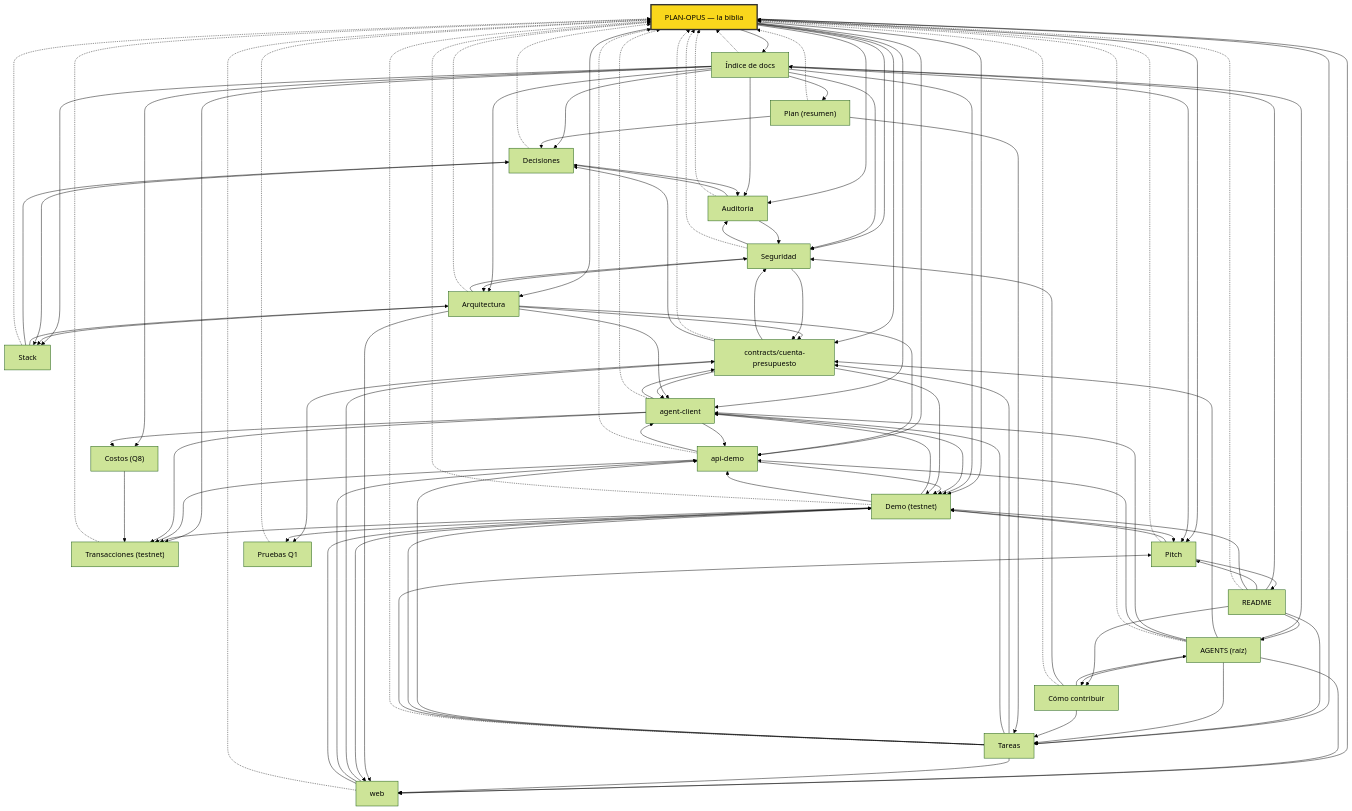
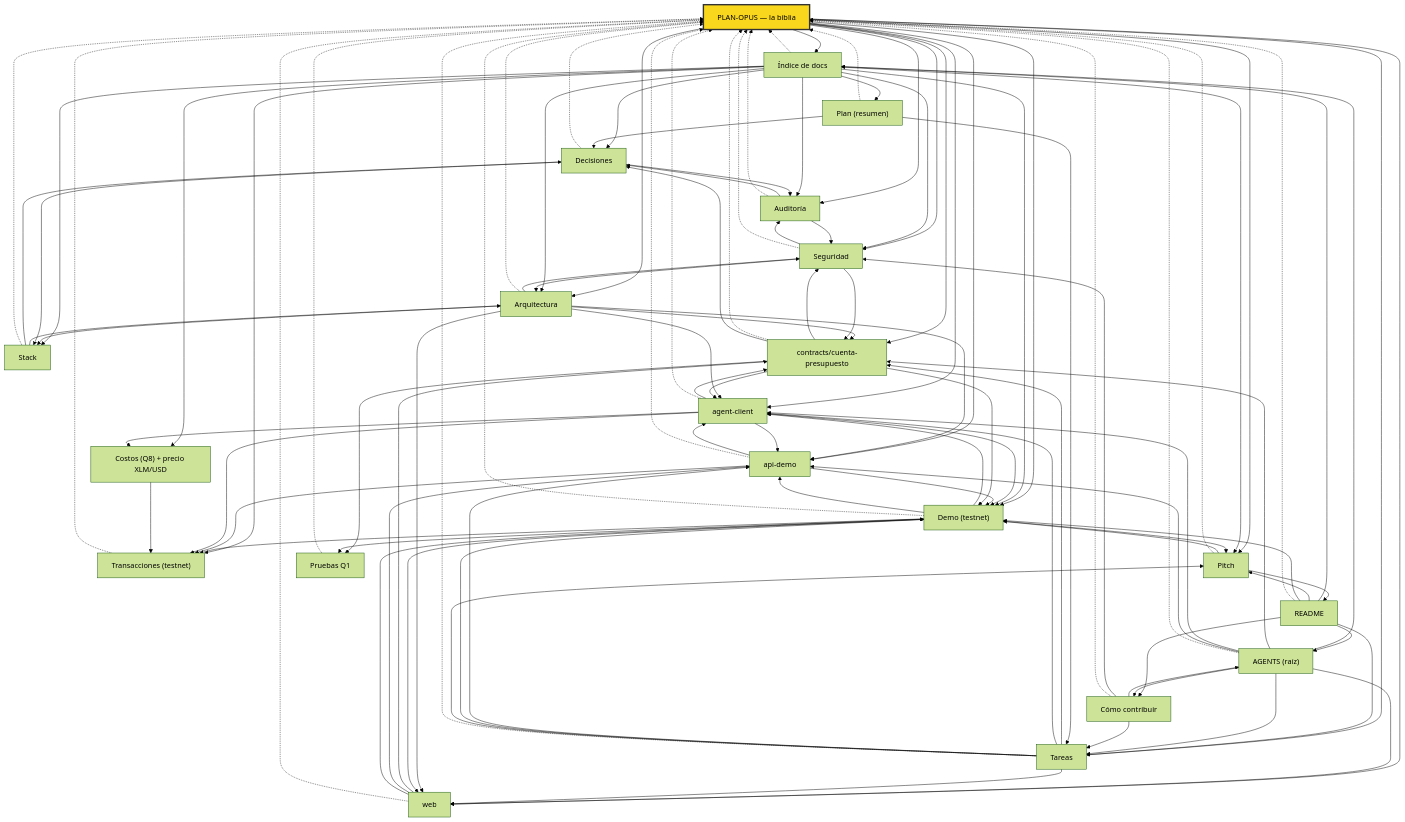
One commit to jxsu404/quickchain changed the diagram in docs/MAPA.md. Above: the diagram before and after it, drawn with Mermaid (forest theme). The commit also changed 2 other files, not shown here.

Commit message:
COSTOS: precio XLM/USD con fuente (CoinGecko) y respuesta a si el 1 % cubre el fee

```diff
--- a/docs/MAPA.md
+++ b/docs/MAPA.md
@@ -18,7 +18,7 @@
   docs_AUDITORIA_md["Auditoría"]
   docs_DEMO_md["Demo (testnet)"]
   docs_transacciones_md["Transacciones (testnet)"]
-  docs_COSTOS_md["Costos (Q8)"]
+  docs_COSTOS_md["Costos (Q8) + precio XLM/USD"]
   docs_PITCH_md["Pitch"]
   docs_pruebas_q1_md["Pruebas Q1"]
   contracts_cuenta_presupuesto_AGENTS_md["contracts/cuenta-presupuesto"]
```
